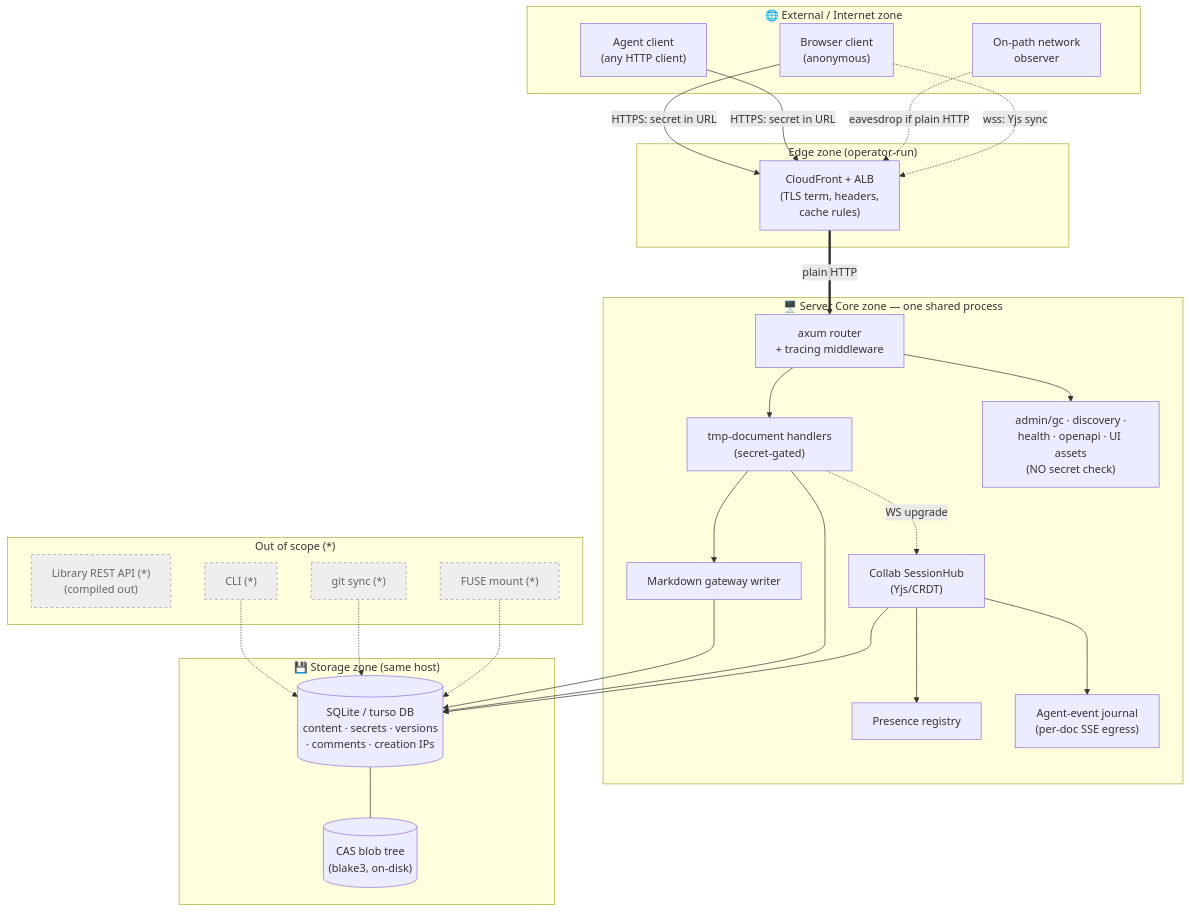
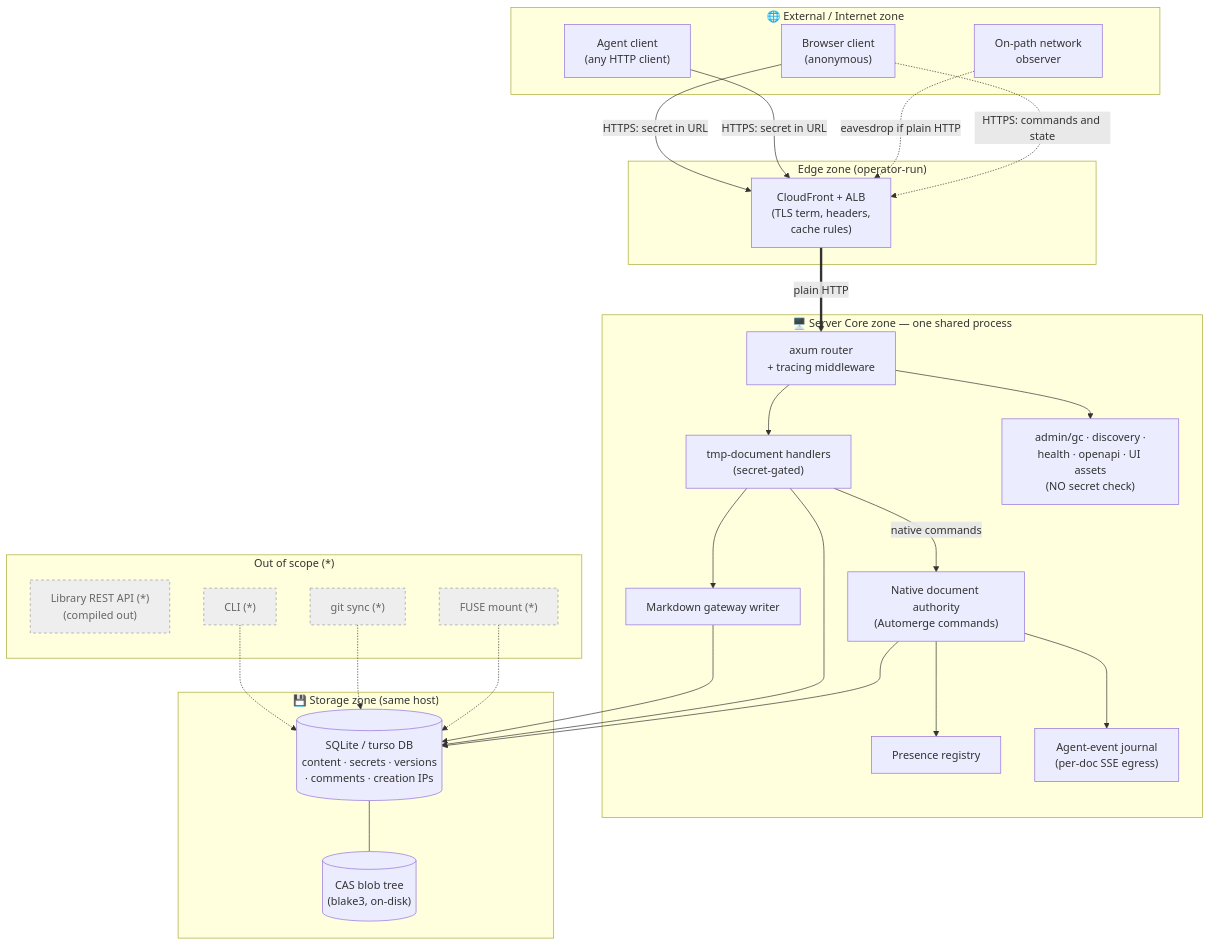
The diagram in docs/security/threat-model.md (fabro-sh/quarry), drawn with Mermaid before and after one commit. The commit also changed other lines of this file and 424 other files, not shown here.

First line of the commit message:
feat: adopt Automerge document authority with Plate editing

````diff
--- a/docs/security/threat-model.md
+++ b/docs/security/threat-model.md
@@ -239,56 +239,56 @@
 ```mermaid
 flowchart TB
     subgraph EXT["🌐 External / Internet zone"]
         browser["Browser client<br/>(anonymous)"]
         agent["Agent client<br/>(any HTTP client)"]
         observer["On-path network<br/>observer"]
     end
 
     subgraph EDGE["Edge zone (operator-run)"]
         proxy["CloudFront + ALB<br/>(TLS term, headers,<br/>cache rules)"]
     end
 
     subgraph CORE["🖥️ Server Core zone — one shared process"]
         router["axum router<br/>+ tracing middleware"]
         tmp["tmp-document handlers<br/>(secret-gated)"]
-        collab["Collab SessionHub<br/>(Yjs/CRDT)"]
+        collab["Native document authority<br/>(Automerge commands)"]
         presence["Presence registry"]
         journal["Agent-event journal<br/>(per-doc SSE egress)"]
         writer["Markdown gateway writer"]
         adminui["admin/gc · discovery ·<br/>health · openapi · UI assets<br/>(NO secret check)"]
     end
 
     subgraph STORE["💾 Storage zone (same host)"]
         db[("SQLite / turso DB<br/>content · secrets · versions<br/>· comments · creation IPs")]
         cas[("CAS blob tree<br/>(blake3, on-disk)")]
     end
 
     subgraph OOS["Out of scope (*)"]
         lib["Library REST API (*)<br/>(compiled out)"]
         git["git sync (*)"]
         fuse["FUSE mount (*)"]
         cli["CLI (*)"]
     end
 
     browser -->|"HTTPS: secret in URL"| proxy
     agent -->|"HTTPS: secret in URL"| proxy
     observer -.->|"eavesdrop if plain HTTP"| proxy
     proxy ==>|"plain HTTP"| router
     router --> tmp
     router --> adminui
     tmp --> writer
-    tmp -.->|"WS upgrade"| collab
-    browser -.->|"wss: Yjs sync"| proxy
+    tmp -->|"native commands"| collab
+    browser -.->|"HTTPS: commands and state"| proxy
     collab --> presence
     collab --> journal
     writer --> db
     tmp --> db
     collab --> db
     db --- cas
     cli -.-> db
     git -.-> db
     fuse -.-> db
 
     classDef oos fill:#eee,stroke:#999,stroke-dasharray:4 4,color:#666;
     class lib,git,fuse,cli oos;
 ```
````
